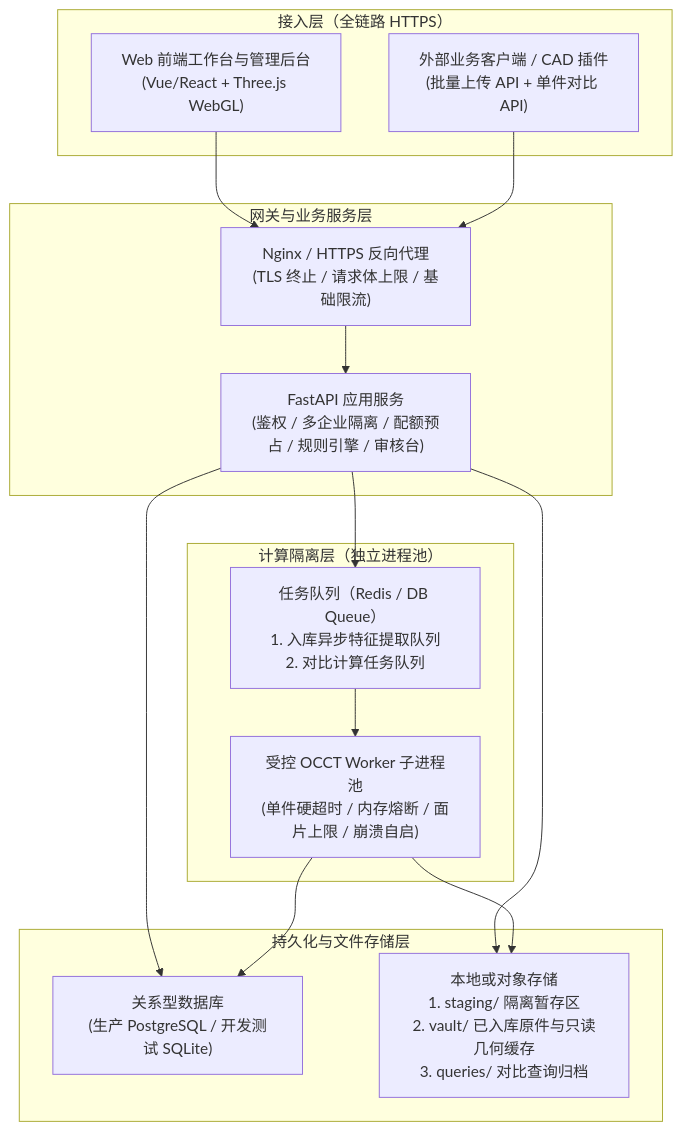
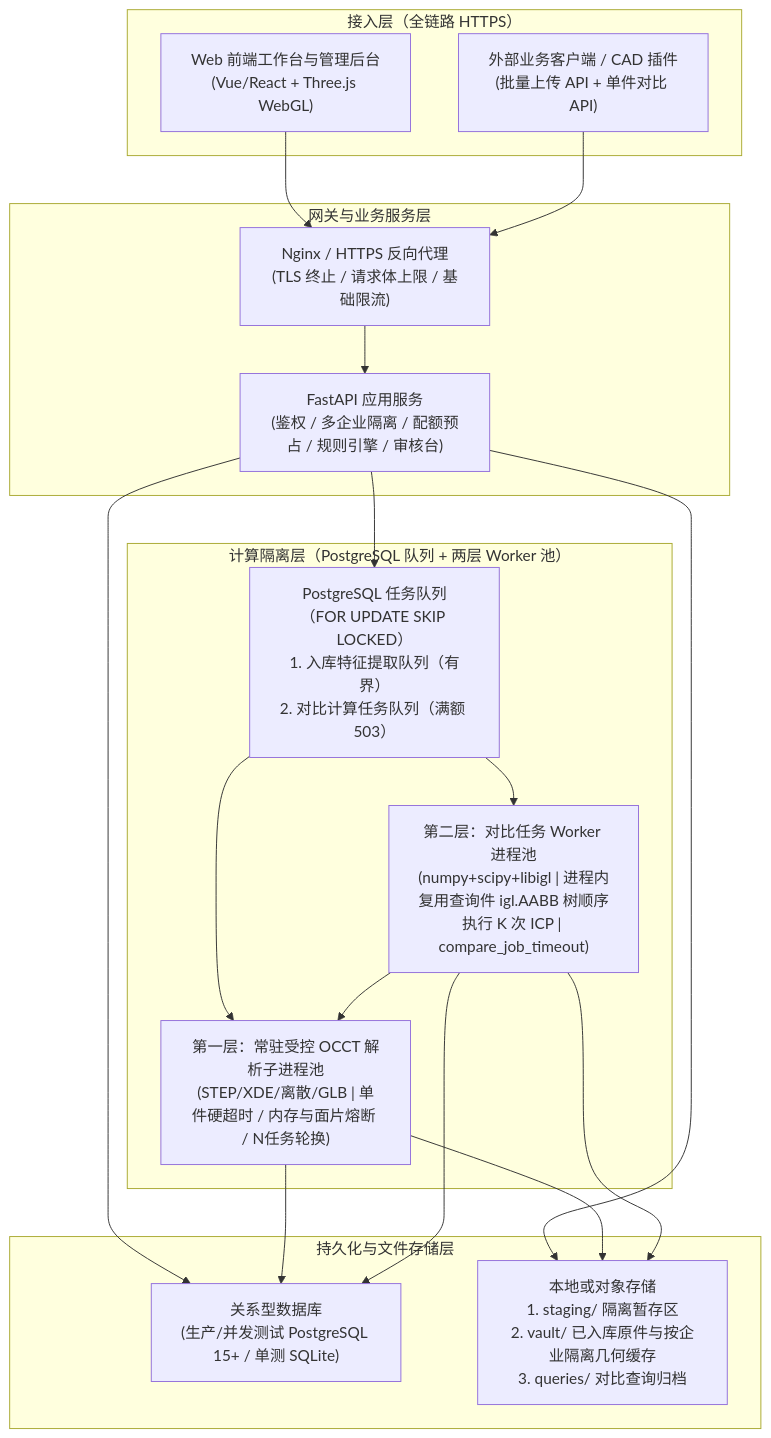
The first of 2 diagrams in Docs/STEP模型相似度对比与检索系统详细开发设计文档.md (yxiaojiang/StepModelCompare), drawn with Mermaid before and after one commit. The commit also changed other lines of this file and 14 other files, not shown here.

Commit message:
Adopt STEP-SIM-005 architecture fixes, update design docs, plan, and memory

````diff
--- a/Docs/STEP模型相似度对比与检索系统详细开发设计文档.md
+++ b/Docs/STEP模型相似度对比与检索系统详细开发设计文档.md
@@ -45,32 +46,37 @@
 ```mermaid
 flowchart TB
     subgraph Clients["接入层（全链路 HTTPS）"]
         WebUI["Web 前端工作台与管理后台\n(Vue/React + Three.js WebGL)"]
         ExtClient["外部业务客户端 / CAD 插件\n(批量上传 API + 单件对比 API)"]
     end
 
     subgraph Gateway["网关与业务服务层"]
         Nginx["Nginx / HTTPS 反向代理\n(TLS 终止 / 请求体上限 / 基础限流)"]
         API["FastAPI 应用服务\n(鉴权 / 多企业隔离 / 配额预占 / 规则引擎 / 审核台)"]
     end
 
-    subgraph Workers["计算隔离层（独立进程池）"]
-        Queue["任务队列（Redis / DB Queue）\n1. 入库异步特征提取队列\n2. 对比计算任务队列"]
-        OCCTPool["受控 OCCT Worker 子进程池\n(单件硬超时 / 内存熔断 / 面片上限 / 崩溃自启)"]
+    subgraph Workers["计算隔离层（PostgreSQL 队列 + 两层 Worker 池）"]
+        Queue["PostgreSQL 任务队列（FOR UPDATE SKIP LOCKED）\n1. 入库特征提取队列（有界）\n2. 对比计算任务队列（满额 503）"]
+        OCCTPool["第一层：常驻受控 OCCT 解析子进程池\n(STEP/XDE/离散/GLB | 单件硬超时 / 内存与面片熔断 / N任务轮换)"]
+        CompareWorker["第二层：对比任务 Worker 进程池\n(numpy+scipy+libigl | 进程内复用查询件 igl.AABB 树顺序执行 K 次 ICP | compare_job_timeout)"]
     end
 
     subgraph Storage["持久化与文件存储层"]
-        DB["关系型数据库\n(生产 PostgreSQL / 开发测试 SQLite)"]
-        FS["本地或对象存储\n1. staging/ 隔离暂存区\n2. vault/ 已入库原件与只读几何缓存\n3. queries/ 对比查询归档"]
+        DB["关系型数据库\n(生产/并发测试 PostgreSQL 15+ / 单测 SQLite)"]
+        FS["本地或对象存储\n1. staging/ 隔离暂存区\n2. vault/ 已入库原件与按企业隔离几何缓存\n3. queries/ 对比查询归档"]
     end
 
     WebUI --> Nginx
     ExtClient --> Nginx
     Nginx --> API
     API --> DB
     API --> FS
     API --> Queue
     Queue --> OCCTPool
+    Queue --> CompareWorker
+    CompareWorker --> OCCTPool
     OCCTPool --> DB
     OCCTPool --> FS
+    CompareWorker --> DB
+    CompareWorker --> FS
 ```
````
